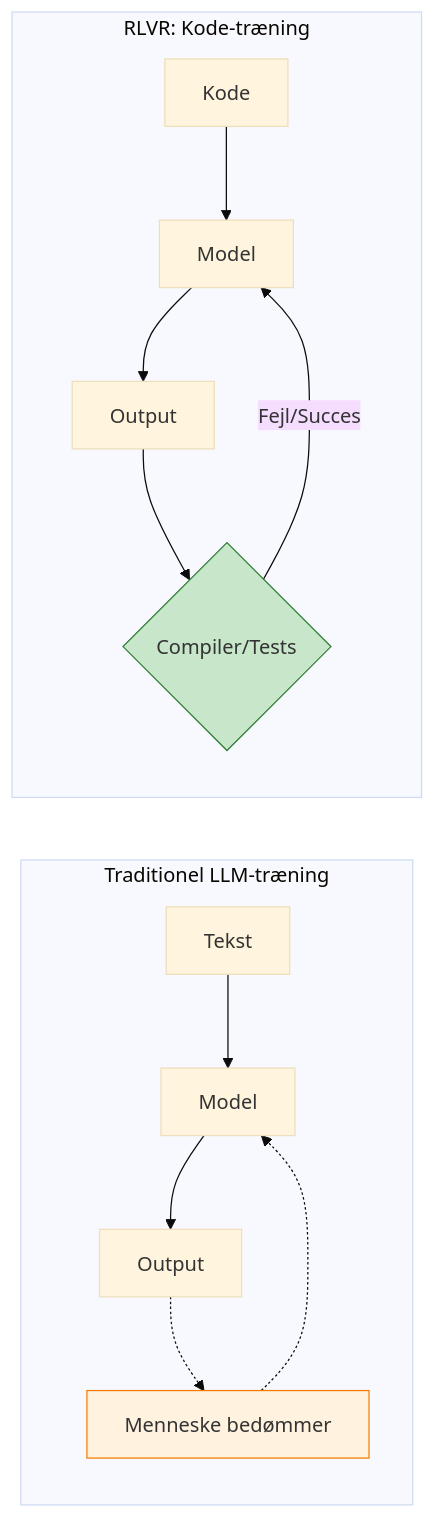
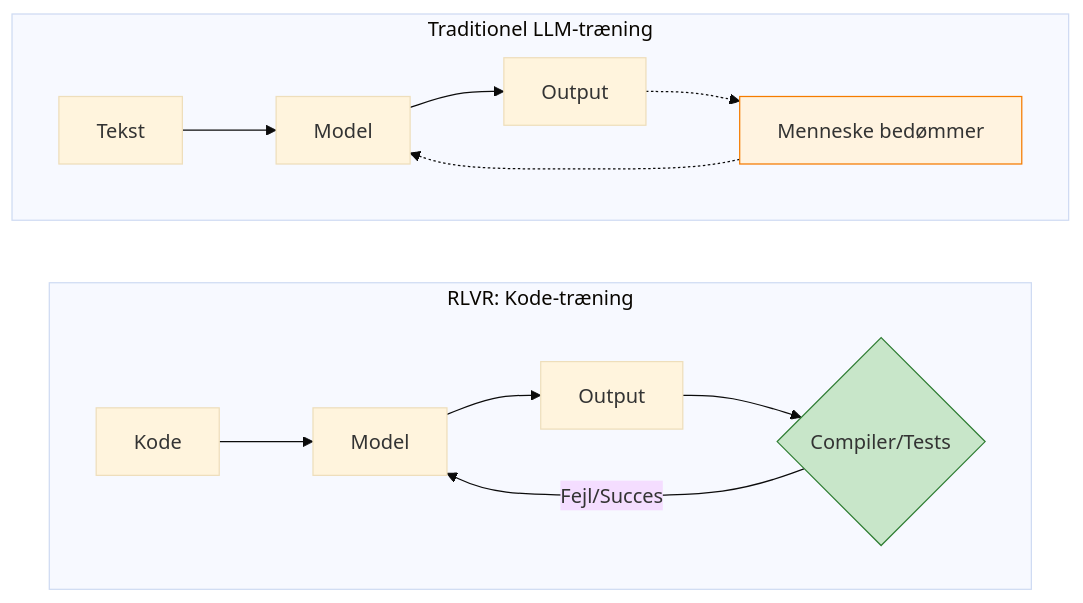
Before and after one commit to delegateas/agentic-swe-workshops: the diagram in images/ai-training-loop.mmd, drawn with Mermaid (base theme). The commit also changed 1 other file, not shown here.

Commit message:
style: change training loop diagram to vertical layout
Stack the Traditionel and RLVR subgraphs vertically with Traditionel
on top, while keeping internal flows horizontal for better readability
in the notebook.

```diff
--- a/images/ai-training-loop.mmd
+++ b/images/ai-training-loop.mmd
@@ -1,15 +1,19 @@
-flowchart LR
+flowchart TB
     subgraph Traditionel["Traditionel LLM-træning"]
+        direction LR
         A1[Tekst] --> B1[Model] --> C1[Output]
         C1 -.-> D1[Menneske bedømmer]
         D1 -.-> B1
     end
 
     subgraph RLVR["RLVR: Kode-træning"]
+        direction LR
         A2[Kode] --> B2[Model] --> C2[Output]
         C2 --> D2{Compiler/Tests}
         D2 -->|Fejl/Succes| B2
     end
 
+    Traditionel ~~~ RLVR
+
     style D2 fill:#c8e6c9,stroke:#2e7d32
     style D1 fill:#fff3e0,stroke:#f57c00
```
